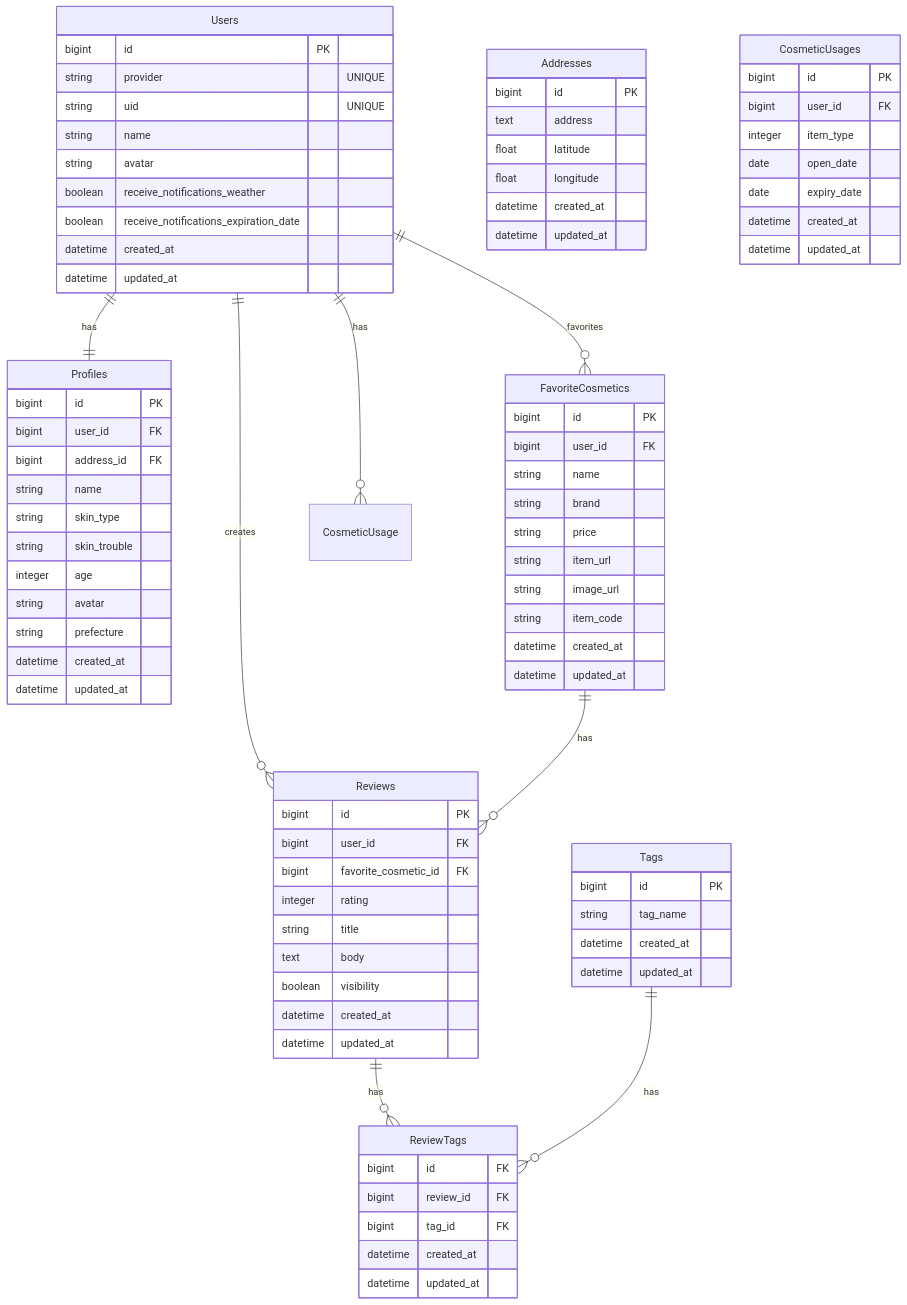
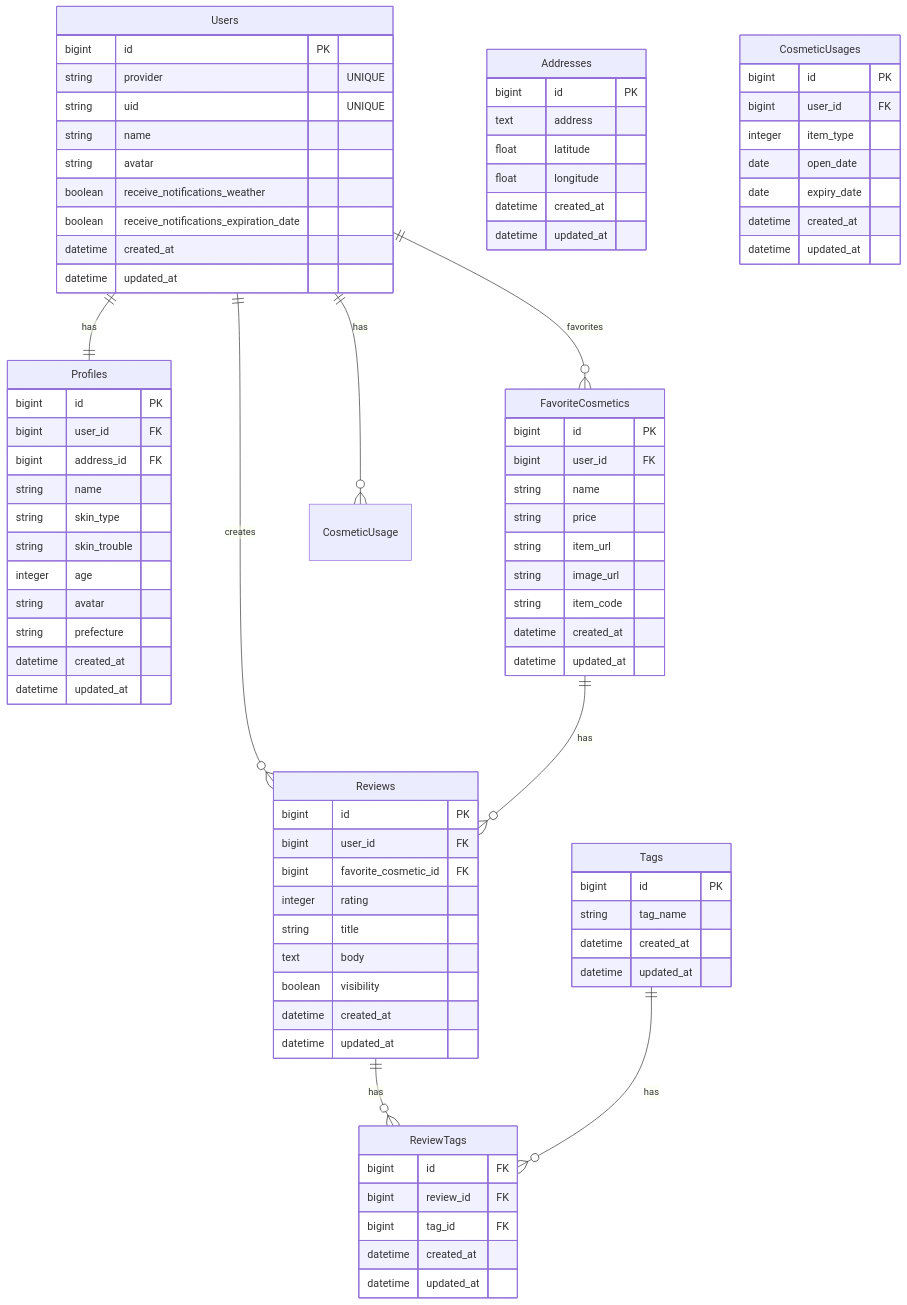
Before and after one commit to rk0325/korecare: the diagram in README.md, drawn with Mermaid. The commit also changed 15 other files, not shown here.

```diff
--- a/README.md
+++ b/README.md
@@ -154,7 +154,6 @@
   bigint id PK
   bigint user_id FK
   string name
-  string brand
   string price
   string item_url
   string image_url
```
